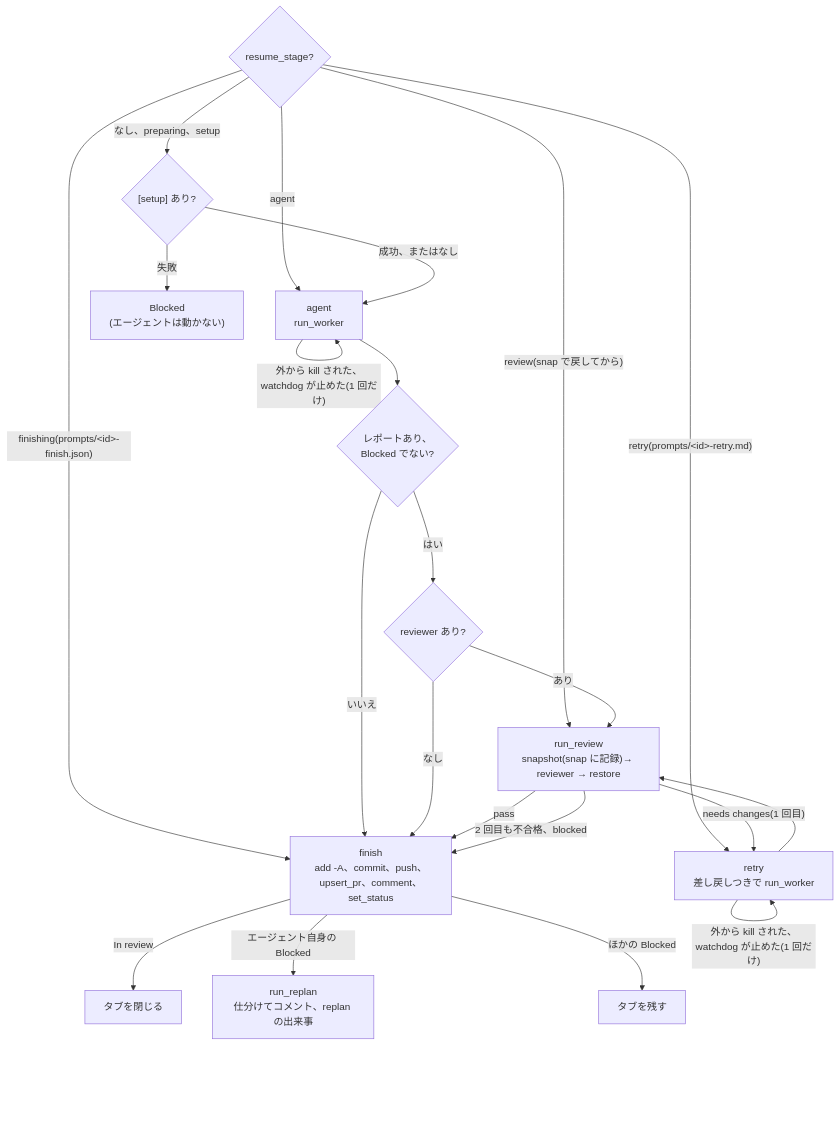
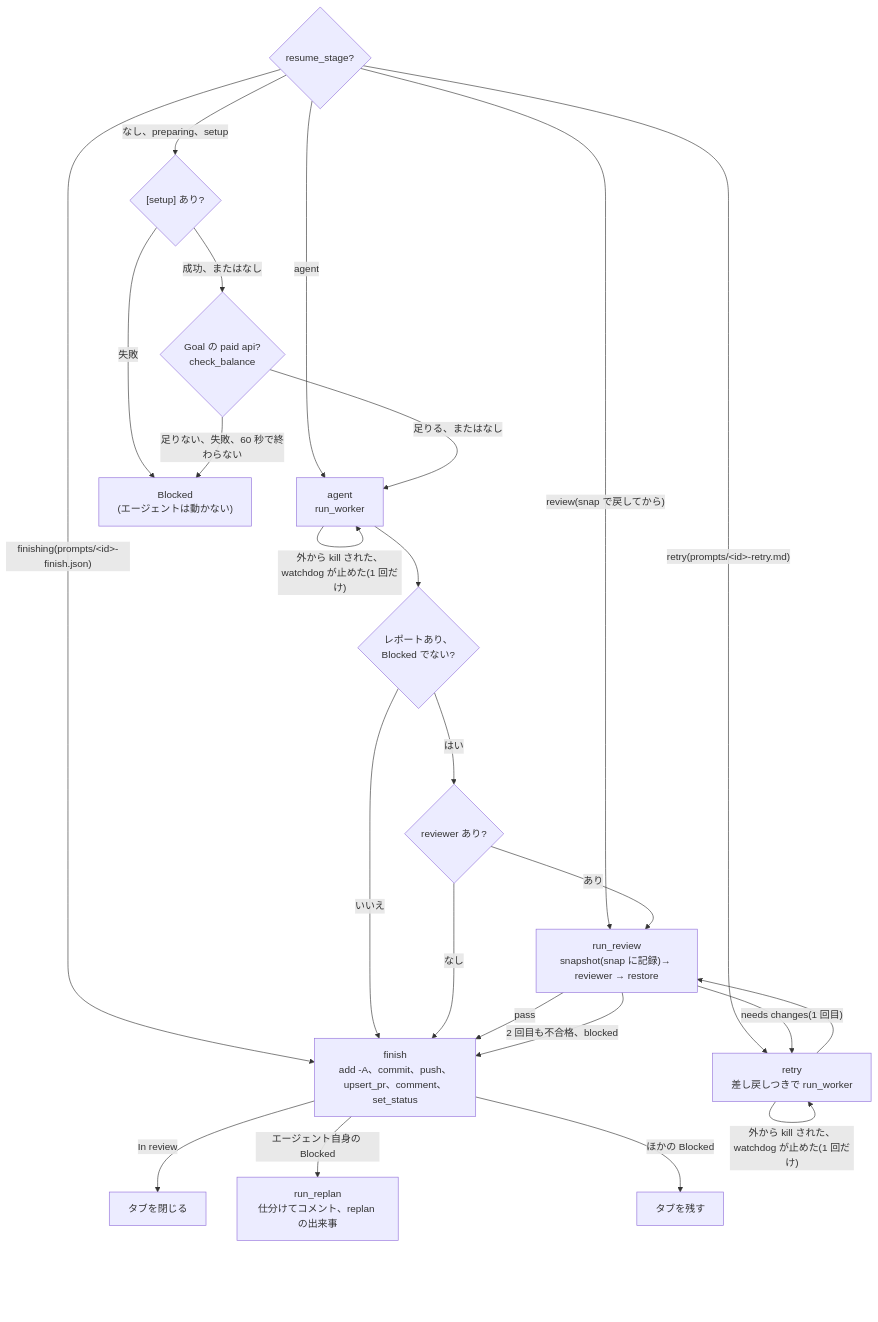
Before and after one commit to jyoka/task-hub: the sixth of 9 diagrams in docs/architecture/lld.md, drawn with Mermaid. The commit also changed other lines of this file and 12 other files, not shown here.

````diff
--- a/docs/architecture/lld.md
+++ b/docs/architecture/lld.md
@@ -284,25 +285,27 @@
 ```mermaid
 flowchart TB
     start{"resume_stage?"} -- "なし、preparing、setup" --> setup
     start -- "agent" --> agent
     start -- "review(snap で戻してから)" --> rv
     start -- "retry(prompts/&lt;id&gt;-retry.md)" --> retry
     start -- "finishing(prompts/&lt;id&gt;-finish.json)" --> finish
     setup{"[setup] あり?"} -- "失敗" --> blockedS["Blocked<br/>(エージェントは動かない)"]
-    setup -- "成功、またはなし" --> agent["agent<br/>run_worker"]
+    setup -- "成功、またはなし" --> balance{"Goal の paid api?<br/>check_balance"}
+    balance -- "足りない、失敗、60 秒で終わらない" --> blockedS
+    balance -- "足りる、またはなし" --> agent["agent<br/>run_worker"]
     agent -- "外から kill された、watchdog が止めた(1 回だけ)" --> agent
     agent --> report{"レポートあり、<br/>Blocked でない?"}
     report -- "いいえ" --> finish
     report -- "はい" --> review{"reviewer あり?"}
     review -- "なし" --> finish
     review -- "あり" --> rv["run_review<br/>snapshot(snap に記録)→ reviewer → restore"]
     rv -- "pass" --> finish
     rv -- "needs changes(1 回目)" --> retry["retry<br/>差し戻しつきで run_worker"]
     retry -- "外から kill された、watchdog が止めた(1 回だけ)" --> retry
     retry --> rv
     rv -- "2 回目も不合格、blocked" --> finish
     finish["finish<br/>add -A、commit、push、upsert_pr、comment、set_status"]
     finish -- "In review" --> close["タブを閉じる"]
     finish -- "エージェント自身の Blocked" --> replan["run_replan<br/>仕分けてコメント、replan の出来事"]
     finish -- "ほかの Blocked" --> stay["タブを残す"]
 ```
````
